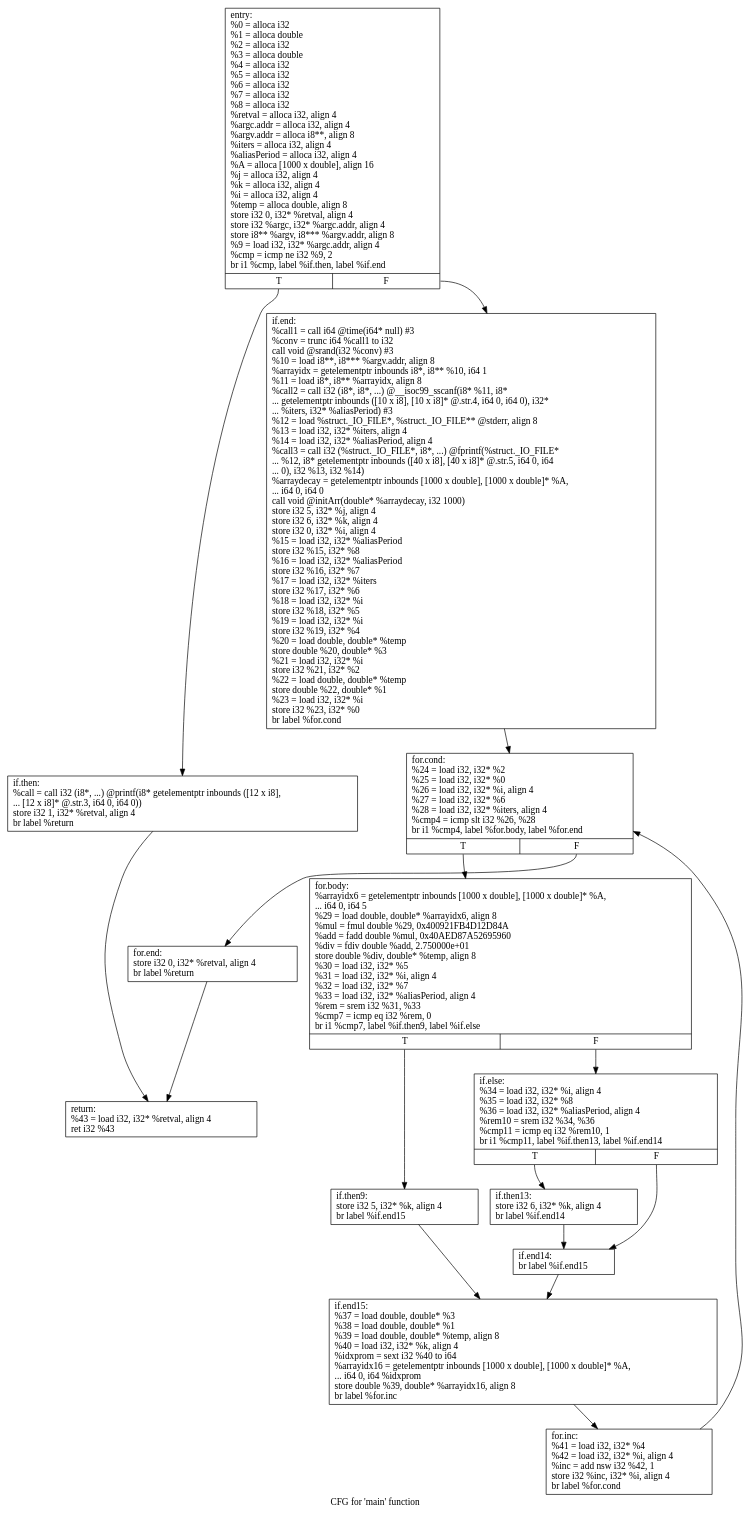
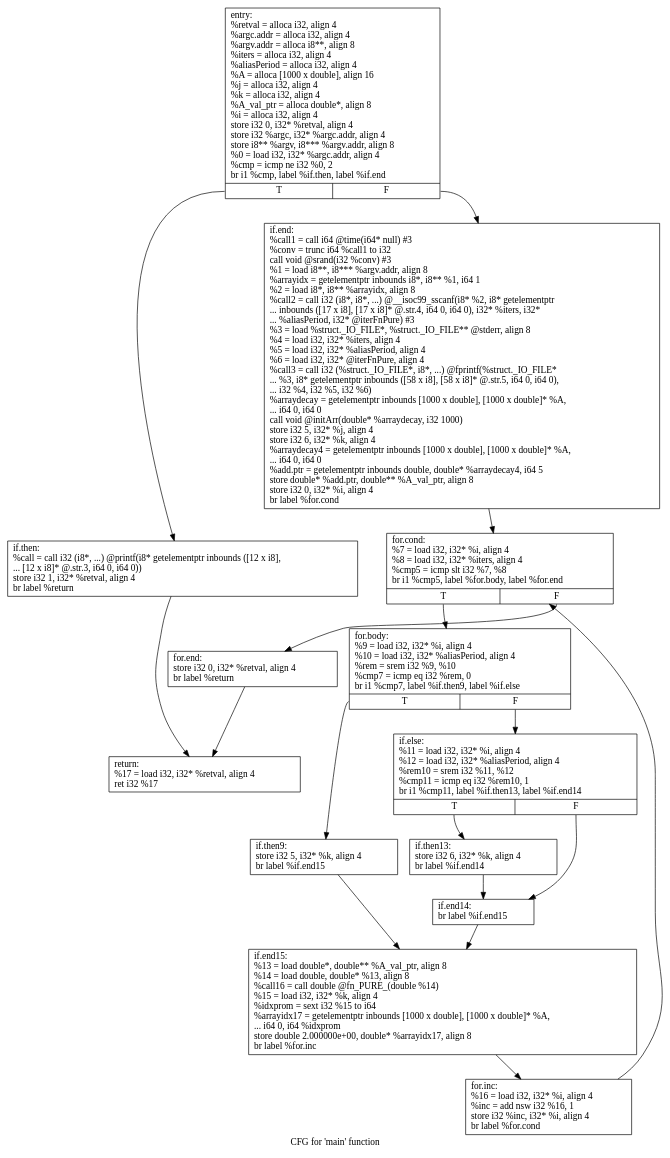
Before and after one commit to mattqemo/eecs583fp: the diagram in 583simple/.main.dot, drawn with Graphviz. The commit also changed 15 other files, not shown here.

```diff
--- a/583simple/.main.dot
+++ b/583simple/.main.dot
@@ -1,33 +1,33 @@
 digraph "CFG for 'main' function" {
 	label="CFG for 'main' function";
 
-	Node0x558ef39abfd0 [shape=record,label="{entry:\l  %0 = alloca i32\l  %1 = alloca double\l  %2 = alloca i32\l  %3 = alloca double\l  %4 = alloca i32\l  %5 = alloca i32\l  %6 = alloca i32\l  %7 = alloca i32\l  %8 = alloca i32\l  %retval = alloca i32, align 4\l  %argc.addr = alloca i32, align 4\l  %argv.addr = alloca i8**, align 8\l  %iters = alloca i32, align 4\l  %aliasPeriod = alloca i32, align 4\l  %A = alloca [1000 x double], align 16\l  %j = alloca i32, align 4\l  %k = alloca i32, align 4\l  %i = alloca i32, align 4\l  %temp = alloca double, align 8\l  store i32 0, i32* %retval, align 4\l  store i32 %argc, i32* %argc.addr, align 4\l  store i8** %argv, i8*** %argv.addr, align 8\l  %9 = load i32, i32* %argc.addr, align 4\l  %cmp = icmp ne i32 %9, 2\l  br i1 %cmp, label %if.then, label %if.end\l|{<s0>T|<s1>F}}"];
-	Node0x558ef39abfd0:s0 -> Node0x558ef39aea50;
-	Node0x558ef39abfd0:s1 -> Node0x558ef39aeaa0;
-	Node0x558ef39aea50 [shape=record,label="{if.then:                                          \l  %call = call i32 (i8*, ...) @printf(i8* getelementptr inbounds ([12 x i8],\l... [12 x i8]* @.str.3, i64 0, i64 0))\l  store i32 1, i32* %retval, align 4\l  br label %return\l}"];
-	Node0x558ef39aea50 -> Node0x558ef39aedc0;
-	Node0x558ef39aeaa0 [shape=record,label="{if.end:                                           \l  %call1 = call i64 @time(i64* null) #3\l  %conv = trunc i64 %call1 to i32\l  call void @srand(i32 %conv) #3\l  %10 = load i8**, i8*** %argv.addr, align 8\l  %arrayidx = getelementptr inbounds i8*, i8** %10, i64 1\l  %11 = load i8*, i8** %arrayidx, align 8\l  %call2 = call i32 (i8*, i8*, ...) @__isoc99_sscanf(i8* %11, i8*\l... getelementptr inbounds ([10 x i8], [10 x i8]* @.str.4, i64 0, i64 0), i32*\l... %iters, i32* %aliasPeriod) #3\l  %12 = load %struct._IO_FILE*, %struct._IO_FILE** @stderr, align 8\l  %13 = load i32, i32* %iters, align 4\l  %14 = load i32, i32* %aliasPeriod, align 4\l  %call3 = call i32 (%struct._IO_FILE*, i8*, ...) @fprintf(%struct._IO_FILE*\l... %12, i8* getelementptr inbounds ([40 x i8], [40 x i8]* @.str.5, i64 0, i64\l... 0), i32 %13, i32 %14)\l  %arraydecay = getelementptr inbounds [1000 x double], [1000 x double]* %A,\l... i64 0, i64 0\l  call void @initArr(double* %arraydecay, i32 1000)\l  store i32 5, i32* %j, align 4\l  store i32 6, i32* %k, align 4\l  store i32 0, i32* %i, align 4\l  %15 = load i32, i32* %aliasPeriod\l  store i32 %15, i32* %8\l  %16 = load i32, i32* %aliasPeriod\l  store i32 %16, i32* %7\l  %17 = load i32, i32* %iters\l  store i32 %17, i32* %6\l  %18 = load i32, i32* %i\l  store i32 %18, i32* %5\l  %19 = load i32, i32* %i\l  store i32 %19, i32* %4\l  %20 = load double, double* %temp\l  store double %20, double* %3\l  %21 = load i32, i32* %i\l  store i32 %21, i32* %2\l  %22 = load double, double* %temp\l  store double %22, double* %1\l  %23 = load i32, i32* %i\l  store i32 %23, i32* %0\l  br label %for.cond\l}"];
-	Node0x558ef39aeaa0 -> Node0x558ef39aeaf0;
-	Node0x558ef39aeaf0 [shape=record,label="{for.cond:                                         \l  %24 = load i32, i32* %2\l  %25 = load i32, i32* %0\l  %26 = load i32, i32* %i, align 4\l  %27 = load i32, i32* %6\l  %28 = load i32, i32* %iters, align 4\l  %cmp4 = icmp slt i32 %26, %28\l  br i1 %cmp4, label %for.body, label %for.end\l|{<s0>T|<s1>F}}"];
-	Node0x558ef39aeaf0:s0 -> Node0x558ef39aeb40;
-	Node0x558ef39aeaf0:s1 -> Node0x558ef39aed70;
-	Node0x558ef39aeb40 [shape=record,label="{for.body:                                         \l  %arrayidx6 = getelementptr inbounds [1000 x double], [1000 x double]* %A,\l... i64 0, i64 5\l  %29 = load double, double* %arrayidx6, align 8\l  %mul = fmul double %29, 0x400921FB4D12D84A\l  %add = fadd double %mul, 0x40AED87A52695960\l  %div = fdiv double %add, 2.750000e+01\l  store double %div, double* %temp, align 8\l  %30 = load i32, i32* %5\l  %31 = load i32, i32* %i, align 4\l  %32 = load i32, i32* %7\l  %33 = load i32, i32* %aliasPeriod, align 4\l  %rem = srem i32 %31, %33\l  %cmp7 = icmp eq i32 %rem, 0\l  br i1 %cmp7, label %if.then9, label %if.else\l|{<s0>T|<s1>F}}"];
-	Node0x558ef39aeb40:s0 -> Node0x558ef39aeb90;
-	Node0x558ef39aeb40:s1 -> Node0x558ef39aebe0;
-	Node0x558ef39aeb90 [shape=record,label="{if.then9:                                         \l  store i32 5, i32* %k, align 4\l  br label %if.end15\l}"];
-	Node0x558ef39aeb90 -> Node0x558ef39aecd0;
-	Node0x558ef39aebe0 [shape=record,label="{if.else:                                          \l  %34 = load i32, i32* %i, align 4\l  %35 = load i32, i32* %8\l  %36 = load i32, i32* %aliasPeriod, align 4\l  %rem10 = srem i32 %34, %36\l  %cmp11 = icmp eq i32 %rem10, 1\l  br i1 %cmp11, label %if.then13, label %if.end14\l|{<s0>T|<s1>F}}"];
-	Node0x558ef39aebe0:s0 -> Node0x558ef39aec30;
-	Node0x558ef39aebe0:s1 -> Node0x558ef39aec80;
-	Node0x558ef39aec30 [shape=record,label="{if.then13:                                        \l  store i32 6, i32* %k, align 4\l  br label %if.end14\l}"];
-	Node0x558ef39aec30 -> Node0x558ef39aec80;
-	Node0x558ef39aec80 [shape=record,label="{if.end14:                                         \l  br label %if.end15\l}"];
-	Node0x558ef39aec80 -> Node0x558ef39aecd0;
-	Node0x558ef39aecd0 [shape=record,label="{if.end15:                                         \l  %37 = load double, double* %3\l  %38 = load double, double* %1\l  %39 = load double, double* %temp, align 8\l  %40 = load i32, i32* %k, align 4\l  %idxprom = sext i32 %40 to i64\l  %arrayidx16 = getelementptr inbounds [1000 x double], [1000 x double]* %A,\l... i64 0, i64 %idxprom\l  store double %39, double* %arrayidx16, align 8\l  br label %for.inc\l}"];
-	Node0x558ef39aecd0 -> Node0x558ef39aed20;
-	Node0x558ef39aed20 [shape=record,label="{for.inc:                                          \l  %41 = load i32, i32* %4\l  %42 = load i32, i32* %i, align 4\l  %inc = add nsw i32 %42, 1\l  store i32 %inc, i32* %i, align 4\l  br label %for.cond\l}"];
-	Node0x558ef39aed20 -> Node0x558ef39aeaf0;
-	Node0x558ef39aed70 [shape=record,label="{for.end:                                          \l  store i32 0, i32* %retval, align 4\l  br label %return\l}"];
-	Node0x558ef39aed70 -> Node0x558ef39aedc0;
-	Node0x558ef39aedc0 [shape=record,label="{return:                                           \l  %43 = load i32, i32* %retval, align 4\l  ret i32 %43\l}"];
+	Node0x556059a547f0 [shape=record,label="{entry:\l  %retval = alloca i32, align 4\l  %argc.addr = alloca i32, align 4\l  %argv.addr = alloca i8**, align 8\l  %iters = alloca i32, align 4\l  %aliasPeriod = alloca i32, align 4\l  %A = alloca [1000 x double], align 16\l  %j = alloca i32, align 4\l  %k = alloca i32, align 4\l  %A_val_ptr = alloca double*, align 8\l  %i = alloca i32, align 4\l  store i32 0, i32* %retval, align 4\l  store i32 %argc, i32* %argc.addr, align 4\l  store i8** %argv, i8*** %argv.addr, align 8\l  %0 = load i32, i32* %argc.addr, align 4\l  %cmp = icmp ne i32 %0, 2\l  br i1 %cmp, label %if.then, label %if.end\l|{<s0>T|<s1>F}}"];
+	Node0x556059a547f0:s0 -> Node0x556059a55520;
+	Node0x556059a547f0:s1 -> Node0x556059a55570;
+	Node0x556059a55520 [shape=record,label="{if.then:                                          \l  %call = call i32 (i8*, ...) @printf(i8* getelementptr inbounds ([12 x i8],\l... [12 x i8]* @.str.3, i64 0, i64 0))\l  store i32 1, i32* %retval, align 4\l  br label %return\l}"];
+	Node0x556059a55520 -> Node0x556059a55890;
+	Node0x556059a55570 [shape=record,label="{if.end:                                           \l  %call1 = call i64 @time(i64* null) #3\l  %conv = trunc i64 %call1 to i32\l  call void @srand(i32 %conv) #3\l  %1 = load i8**, i8*** %argv.addr, align 8\l  %arrayidx = getelementptr inbounds i8*, i8** %1, i64 1\l  %2 = load i8*, i8** %arrayidx, align 8\l  %call2 = call i32 (i8*, i8*, ...) @__isoc99_sscanf(i8* %2, i8* getelementptr\l... inbounds ([17 x i8], [17 x i8]* @.str.4, i64 0, i64 0), i32* %iters, i32*\l... %aliasPeriod, i32* @iterFnPure) #3\l  %3 = load %struct._IO_FILE*, %struct._IO_FILE** @stderr, align 8\l  %4 = load i32, i32* %iters, align 4\l  %5 = load i32, i32* %aliasPeriod, align 4\l  %6 = load i32, i32* @iterFnPure, align 4\l  %call3 = call i32 (%struct._IO_FILE*, i8*, ...) @fprintf(%struct._IO_FILE*\l... %3, i8* getelementptr inbounds ([58 x i8], [58 x i8]* @.str.5, i64 0, i64 0),\l... i32 %4, i32 %5, i32 %6)\l  %arraydecay = getelementptr inbounds [1000 x double], [1000 x double]* %A,\l... i64 0, i64 0\l  call void @initArr(double* %arraydecay, i32 1000)\l  store i32 5, i32* %j, align 4\l  store i32 6, i32* %k, align 4\l  %arraydecay4 = getelementptr inbounds [1000 x double], [1000 x double]* %A,\l... i64 0, i64 0\l  %add.ptr = getelementptr inbounds double, double* %arraydecay4, i64 5\l  store double* %add.ptr, double** %A_val_ptr, align 8\l  store i32 0, i32* %i, align 4\l  br label %for.cond\l}"];
+	Node0x556059a55570 -> Node0x556059a555c0;
+	Node0x556059a555c0 [shape=record,label="{for.cond:                                         \l  %7 = load i32, i32* %i, align 4\l  %8 = load i32, i32* %iters, align 4\l  %cmp5 = icmp slt i32 %7, %8\l  br i1 %cmp5, label %for.body, label %for.end\l|{<s0>T|<s1>F}}"];
+	Node0x556059a555c0:s0 -> Node0x556059a55610;
+	Node0x556059a555c0:s1 -> Node0x556059a55840;
+	Node0x556059a55610 [shape=record,label="{for.body:                                         \l  %9 = load i32, i32* %i, align 4\l  %10 = load i32, i32* %aliasPeriod, align 4\l  %rem = srem i32 %9, %10\l  %cmp7 = icmp eq i32 %rem, 0\l  br i1 %cmp7, label %if.then9, label %if.else\l|{<s0>T|<s1>F}}"];
+	Node0x556059a55610:s0 -> Node0x556059a55660;
+	Node0x556059a55610:s1 -> Node0x556059a556b0;
+	Node0x556059a55660 [shape=record,label="{if.then9:                                         \l  store i32 5, i32* %k, align 4\l  br label %if.end15\l}"];
+	Node0x556059a55660 -> Node0x556059a557a0;
+	Node0x556059a556b0 [shape=record,label="{if.else:                                          \l  %11 = load i32, i32* %i, align 4\l  %12 = load i32, i32* %aliasPeriod, align 4\l  %rem10 = srem i32 %11, %12\l  %cmp11 = icmp eq i32 %rem10, 1\l  br i1 %cmp11, label %if.then13, label %if.end14\l|{<s0>T|<s1>F}}"];
+	Node0x556059a556b0:s0 -> Node0x556059a55700;
+	Node0x556059a556b0:s1 -> Node0x556059a55750;
+	Node0x556059a55700 [shape=record,label="{if.then13:                                        \l  store i32 6, i32* %k, align 4\l  br label %if.end14\l}"];
+	Node0x556059a55700 -> Node0x556059a55750;
+	Node0x556059a55750 [shape=record,label="{if.end14:                                         \l  br label %if.end15\l}"];
+	Node0x556059a55750 -> Node0x556059a557a0;
+	Node0x556059a557a0 [shape=record,label="{if.end15:                                         \l  %13 = load double*, double** %A_val_ptr, align 8\l  %14 = load double, double* %13, align 8\l  %call16 = call double @fn_PURE_(double %14)\l  %15 = load i32, i32* %k, align 4\l  %idxprom = sext i32 %15 to i64\l  %arrayidx17 = getelementptr inbounds [1000 x double], [1000 x double]* %A,\l... i64 0, i64 %idxprom\l  store double 2.000000e+00, double* %arrayidx17, align 8\l  br label %for.inc\l}"];
+	Node0x556059a557a0 -> Node0x556059a557f0;
+	Node0x556059a557f0 [shape=record,label="{for.inc:                                          \l  %16 = load i32, i32* %i, align 4\l  %inc = add nsw i32 %16, 1\l  store i32 %inc, i32* %i, align 4\l  br label %for.cond\l}"];
+	Node0x556059a557f0 -> Node0x556059a555c0;
+	Node0x556059a55840 [shape=record,label="{for.end:                                          \l  store i32 0, i32* %retval, align 4\l  br label %return\l}"];
+	Node0x556059a55840 -> Node0x556059a55890;
+	Node0x556059a55890 [shape=record,label="{return:                                           \l  %17 = load i32, i32* %retval, align 4\l  ret i32 %17\l}"];
 }
```
